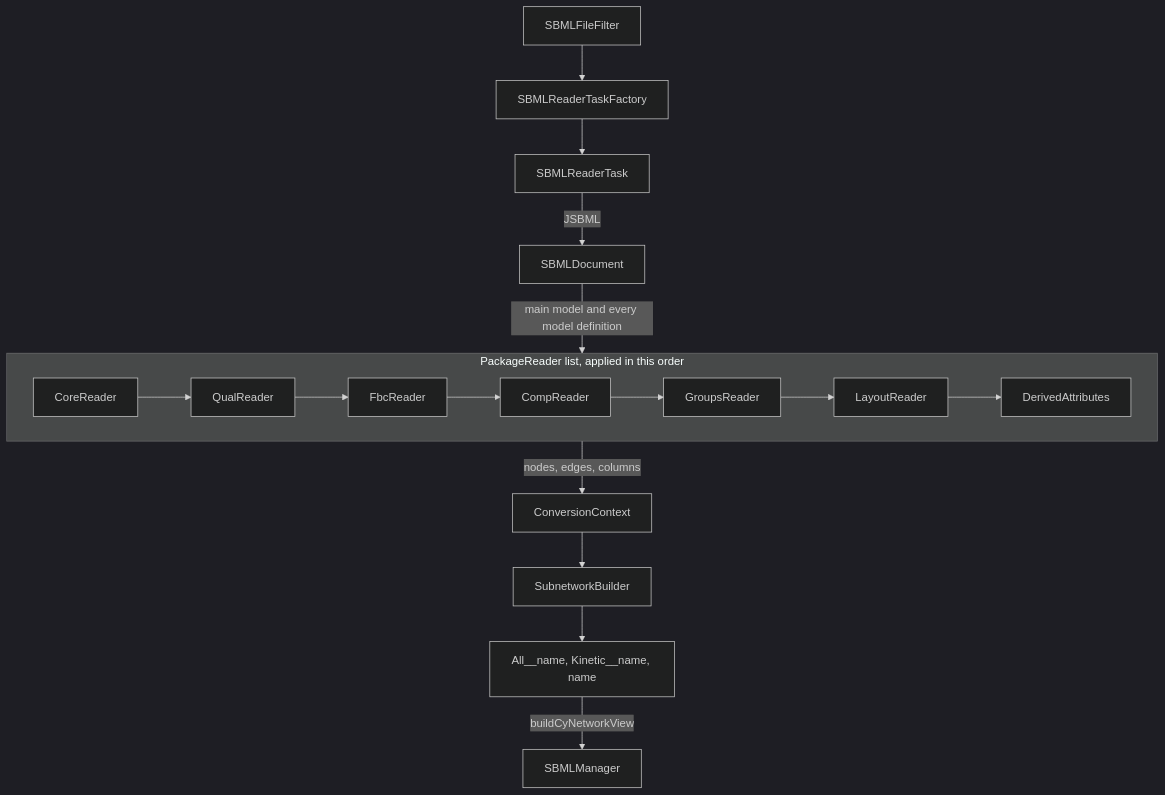
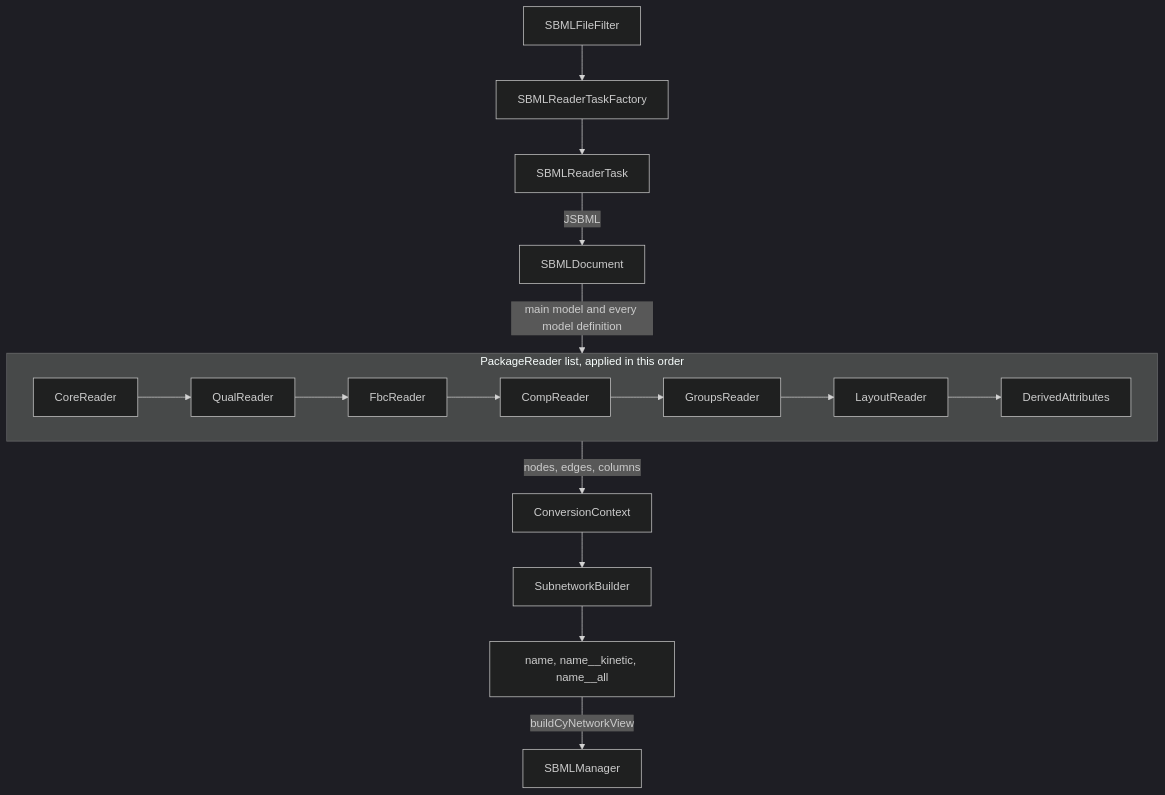
One commit to matthiaskoenig/cy3sbml changed the second of 2 diagrams in docs/development/architecture.md. Above: the diagram before and after it, drawn with Mermaid (dark theme). The commit also changed 59 other files, not shown here.

First line of the commit message:
Name the kinetic and all networks with suffixes, select the base network (#453)

````diff
--- a/docs/development/architecture.md
+++ b/docs/development/architecture.md
@@ -67,15 +67,15 @@
 ```mermaid
 flowchart TB
     F[SBMLFileFilter] --> RF[SBMLReaderTaskFactory]
     RF --> T[SBMLReaderTask]
     T -->|JSBML| D[SBMLDocument]
     D -->|main model and every model definition| PR
     subgraph PR [PackageReader list, applied in this order]
         direction LR
         C[CoreReader] --> Q[QualReader] --> FB[FbcReader] --> CO[CompReader] --> G[GroupsReader] --> L[LayoutReader] --> DA[DerivedAttributes]
     end
     PR -->|nodes, edges, columns| CC[ConversionContext]
     CC --> SB[SubnetworkBuilder]
-    SB --> N["All__name, Kinetic__name, name"]
+    SB --> N["name, name__kinetic, name__all"]
     N -->|buildCyNetworkView| SM[SBMLManager]
 ```
````
